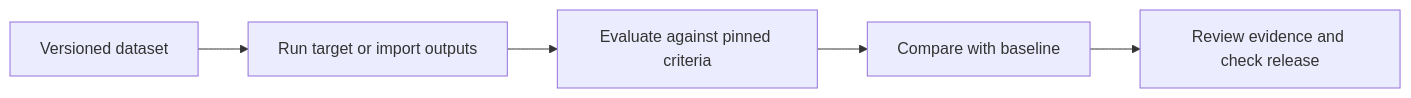
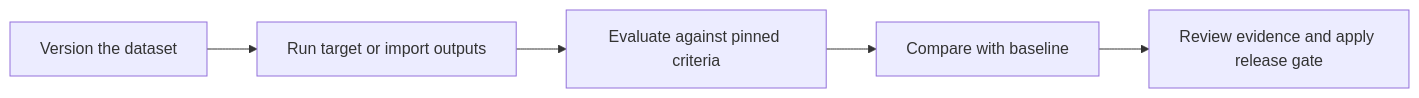
Before and after one commit to andrewsrigom/evaldock: the diagram in README.md, drawn with Mermaid. The commit also changed other lines of this file, not shown here.

Commit message:
Clarify project readiness and evaluation evidence

````diff
--- a/README.md
+++ b/README.md
@@ -25,7 +27,7 @@
 ```mermaid
 flowchart LR
-    A["Versioned dataset"] --> B["Run target or import outputs"]
+    A["Version the dataset"] --> B["Run target or import outputs"]
     B --> C["Evaluate against pinned criteria"]
     C --> D["Compare with baseline"]
-    D --> E["Review evidence and check release"]
+    D --> E["Review evidence and apply release gate"]
 ```
````
